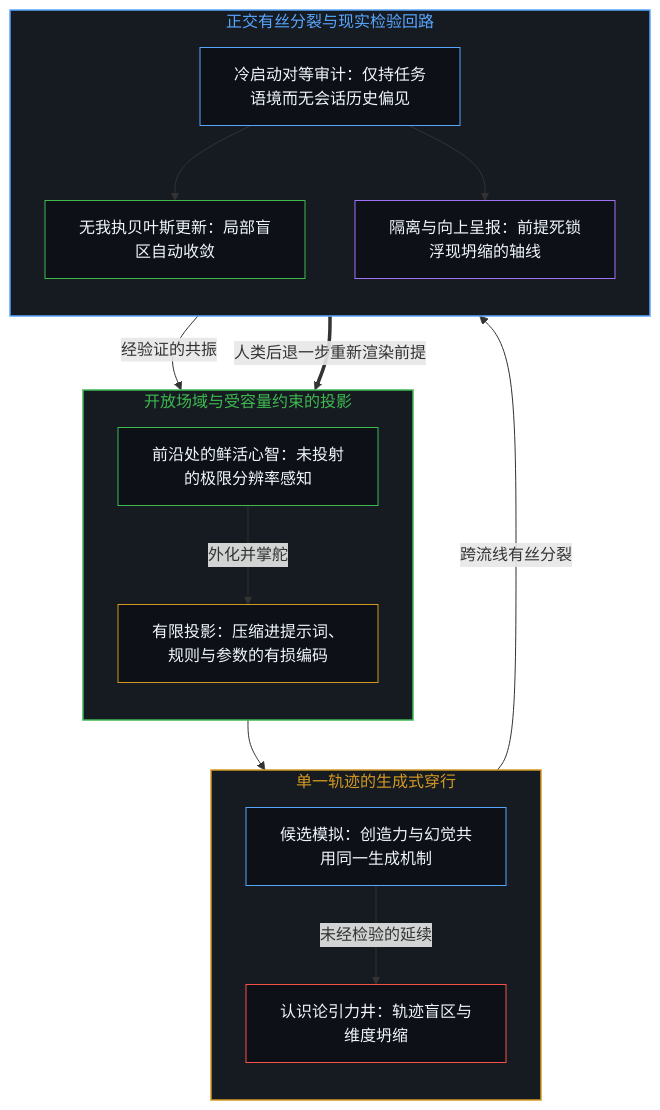
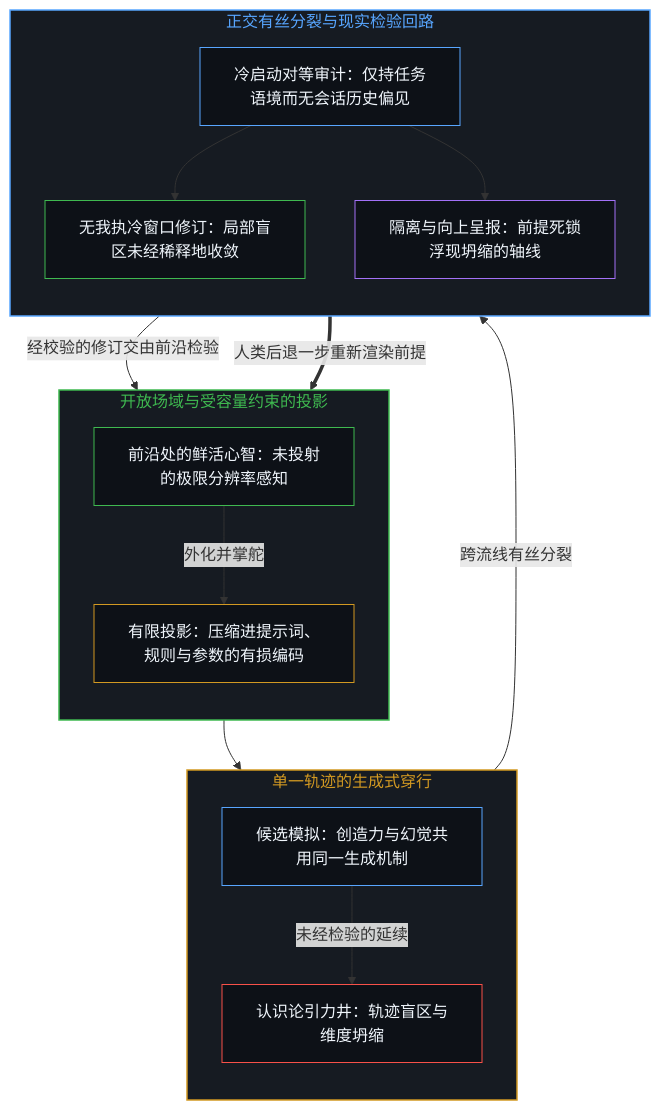
Before and after one commit to powerpig99/not-a-toe: the first of 2 diagrams in content/posts/lossless-knowledge-of-an-open-field-is-incoherent.md, drawn with Mermaid. The commit also changed other lines of this file and 8 other files, not shown here.

````diff
--- a/content/posts/lossless-knowledge-of-an-open-field-is-incoherent.md
+++ b/content/posts/lossless-knowledge-of-an-open-field-is-incoherent.md
@@ -65,37 +65,37 @@
 ```mermaid
 flowchart TD
     subgraph S_Field["开放场域与受容量约束的投影"]
         direction TB
         Edge["前沿处的鲜活心智：未投射的极限分辨率感知"]
         Proj["有限投影：压缩进提示词、规则与参数的有损编码"]
         Edge -->|"外化并掌舵"| Proj
     end
     subgraph S_Gen["单一轨迹的生成式穿行"]
         direction TB
         Cand["候选模拟：创造力与幻觉共用同一生成机制"]
         Drift["认识论引力井：轨迹盲区与维度坍缩"]
         Cand -->|"未经检验的延续"| Drift
     end
     subgraph S_Test["正交有丝分裂与现实检验回路"]
         direction TB
         Peer["冷启动对等审计：仅持任务语境而无会话历史偏见"]
-        Conv["无我执贝叶斯更新：局部盲区自动收敛"]
+        Conv["无我执冷窗口修订：局部盲区未经稀释地收敛"]
         Esc["隔离与向上呈报：前提死锁浮现坍缩的轴线"]
         Peer --> Conv
         Peer --> Esc
     end
     Proj --> Cand
     Cand -->|"跨流线有丝分裂"| Peer
-    Conv -->|"经验证的共振"| Edge
+    Conv -->|"经校验的修订交由前沿检验"| Edge
     Esc ==>|"人类后退一步重新渲染前提"| Edge
     style S_Field fill:#161b22,stroke:#3fb950,stroke-width:1.5px,color:#3fb950
     style S_Gen fill:#161b22,stroke:#d29922,stroke-width:1.5px,color:#d29922
     style S_Test fill:#161b22,stroke:#58a6ff,stroke-width:1.5px,color:#58a6ff
     style Edge fill:#0d1117,stroke:#3fb950,stroke-width:1px,color:#f0f6fc
     style Proj fill:#0d1117,stroke:#d29922,stroke-width:1px,color:#f0f6fc
     style Cand fill:#0d1117,stroke:#58a6ff,stroke-width:1px,color:#f0f6fc
     style Drift fill:#0d1117,stroke:#f85149,stroke-width:1px,color:#f0f6fc
     style Peer fill:#0d1117,stroke:#58a6ff,stroke-width:1px,color:#f0f6fc
     style Conv fill:#0d1117,stroke:#3fb950,stroke-width:1px,color:#f0f6fc
     style Esc fill:#0d1117,stroke:#a371f7,stroke-width:1px,color:#f0f6fc
 ```
````
